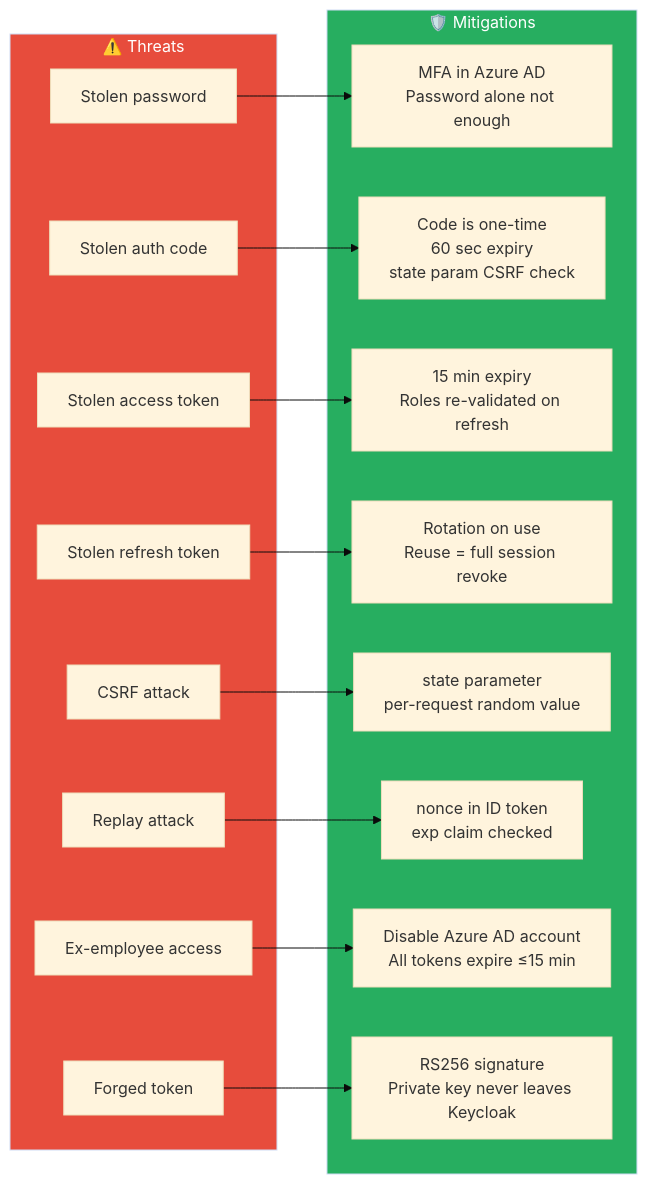
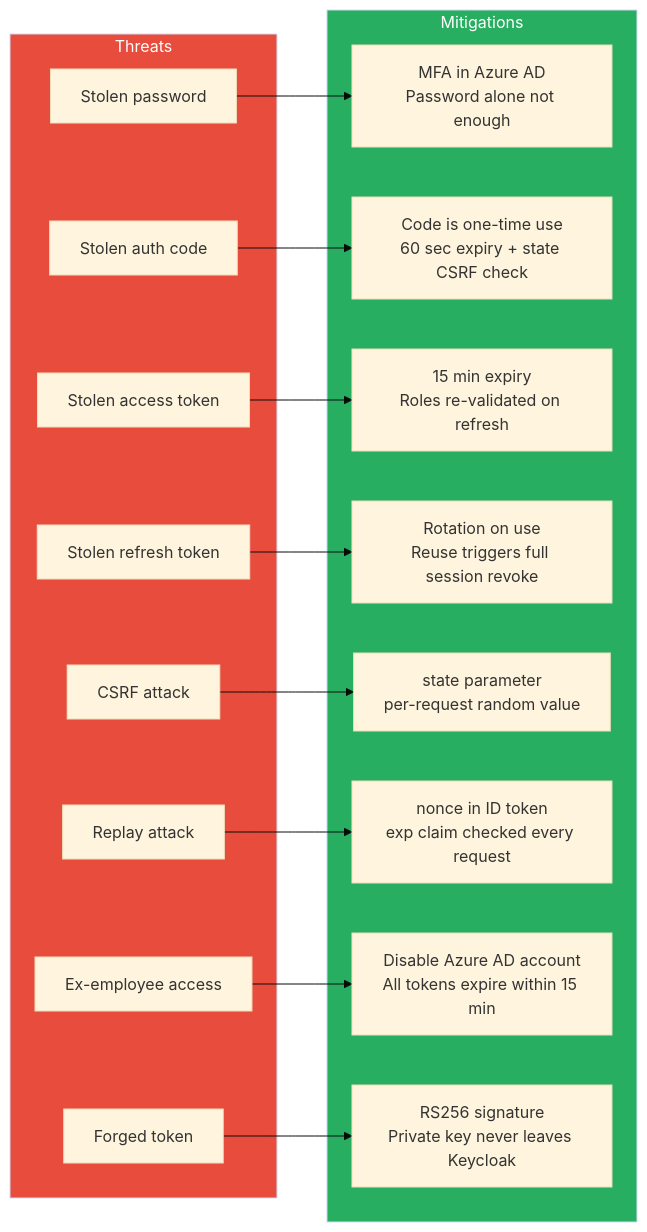
Before and after one commit to Mannokuruba/sso-keyclock: diagram 14 of 21 in docs/INSURANCE-SSO-DESIGN.md, drawn with Mermaid (base theme). The commit also changed other lines of this file, not shown here.

Commit message:
fix: resolve Mermaid parse errors in insurance SSO diagrams

````diff
--- a/docs/INSURANCE-SSO-DESIGN.md
+++ b/docs/INSURANCE-SSO-DESIGN.md
@@ -618,36 +603,36 @@
 ```mermaid
 flowchart LR
-    subgraph THREATS["⚠️ Threats"]
-        T1[Stolen password]
-        T2[Stolen auth code]
-        T3[Stolen access token]
-        T4[Stolen refresh token]
-        T5[CSRF attack]
-        T6[Replay attack]
-        T7[Ex-employee access]
-        T8[Forged token]
+    subgraph THREATS["Threats"]
+        T1["Stolen password"]
+        T2["Stolen auth code"]
+        T3["Stolen access token"]
+        T4["Stolen refresh token"]
+        T5["CSRF attack"]
+        T6["Replay attack"]
+        T7["Ex-employee access"]
+        T8["Forged token"]
     end
 
-    subgraph MITIGATIONS["🛡️ Mitigations"]
-        M1[MFA in Azure AD\nPassword alone not enough]
-        M2[Code is one-time\n60 sec expiry\nstate param CSRF check]
-        M3[15 min expiry\nRoles re-validated on refresh]
-        M4[Rotation on use\nReuse = full session revoke]
-        M5[state parameter\nper-request random value]
-        M6[nonce in ID token\nexp claim checked]
-        M7[Disable Azure AD account\nAll tokens expire ≤15 min]
-        M8[RS256 signature\nPrivate key never leaves Keycloak]
+    subgraph MITIGATIONS["Mitigations"]
+        M1["MFA in Azure AD<br/>Password alone not enough"]
+        M2["Code is one-time use<br/>60 sec expiry + state CSRF check"]
+        M3["15 min expiry<br/>Roles re-validated on refresh"]
+        M4["Rotation on use<br/>Reuse triggers full session revoke"]
+        M5["state parameter<br/>per-request random value"]
+        M6["nonce in ID token<br/>exp claim checked every request"]
+        M7["Disable Azure AD account<br/>All tokens expire within 15 min"]
+        M8["RS256 signature<br/>Private key never leaves Keycloak"]
     end
 
     T1 --> M1
     T2 --> M2
     T3 --> M3
     T4 --> M4
     T5 --> M5
     T6 --> M6
     T7 --> M7
     T8 --> M8
 
     style THREATS fill:#e74c3c,color:#fff
     style MITIGATIONS fill:#27ae60,color:#fff
 ```
````
